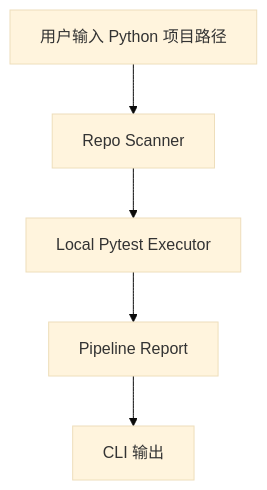
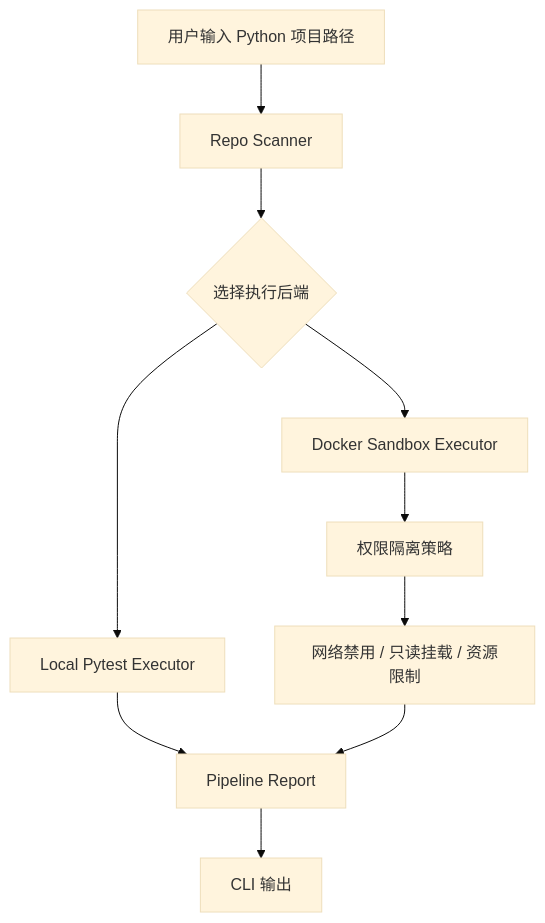
The first of 2 diagrams in docs/architecture.md (Isaacsen/cs599-project), drawn with Mermaid (base theme) before and after one commit. The commit also changed 13 other files, not shown here.

Commit message:
Add Docker sandbox executor

````diff
--- a/docs/architecture.md
+++ b/docs/architecture.md
@@ -5,7 +5,12 @@
 ```mermaid
 flowchart TD
     A["用户输入 Python 项目路径"] --> B["Repo Scanner"]
-    B --> C["Local Pytest Executor"]
-    C --> D["Pipeline Report"]
-    D --> E["CLI 输出"]
+    B --> C{"选择执行后端"}
+    C --> D["Local Pytest Executor"]
+    C --> E["Docker Sandbox Executor"]
+    E --> F["权限隔离策略"]
+    F --> G["网络禁用 / 只读挂载 / 资源限制"]
+    D --> H["Pipeline Report"]
+    G --> H
+    H --> I["CLI 输出"]
 ```
````
